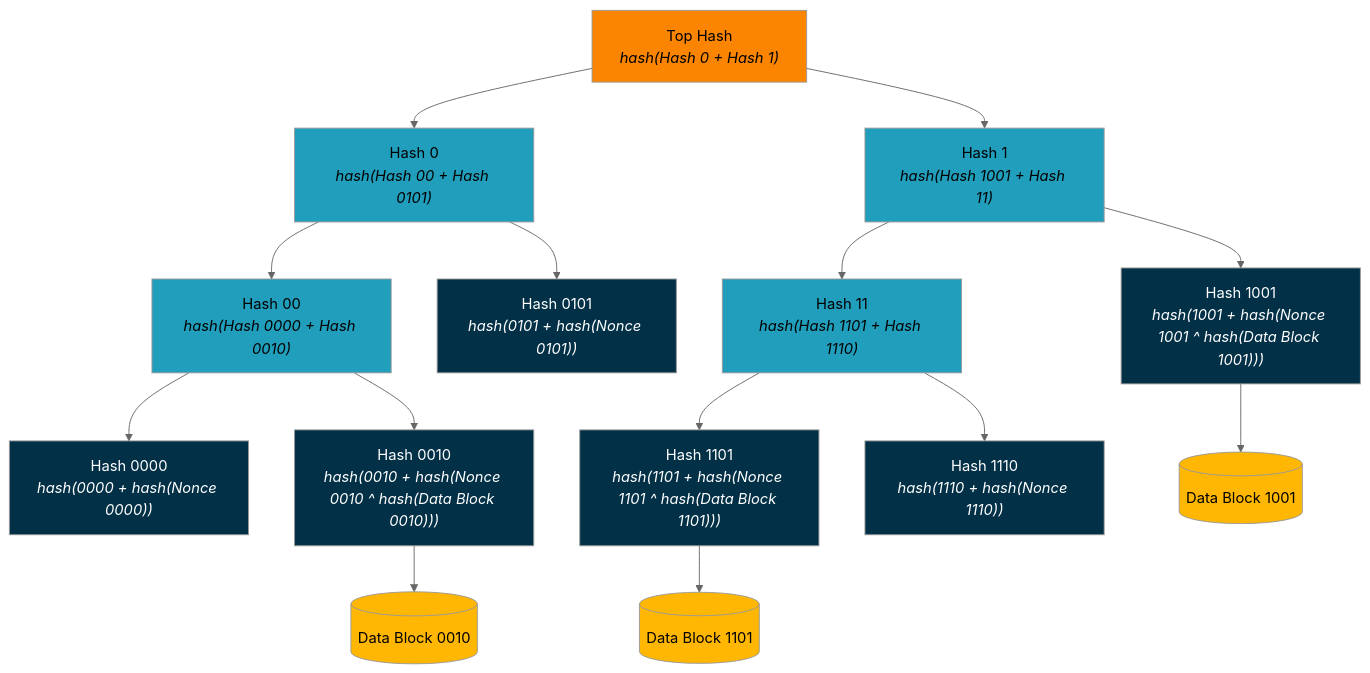
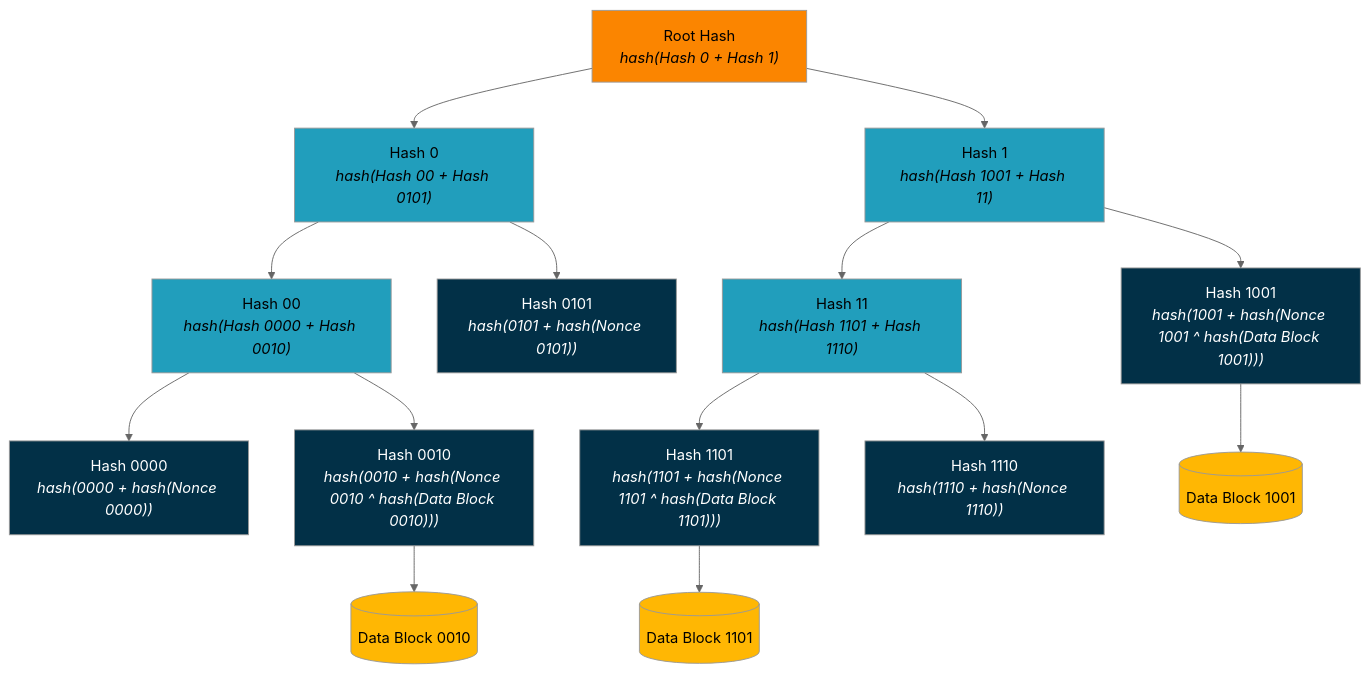
The fourth of 4 diagrams in chapters/Appendix-SMT.md (dcdpr/did-btc1), drawn with Mermaid (neutral theme) before and after one commit. The commit also changed other lines of this file, not shown here.

Commit message:
Replaced top hash with root hash and intermediate hash with node hash.

````diff
--- a/chapters/Appendix-SMT.md
+++ b/chapters/Appendix-SMT.md
@@ -346,39 +346,39 @@
 ```mermaid
 flowchart TD
-    classDef topHash color:#000000,fill:#fb8500
-    classDef intermediateHash color:#000000,fill:#219ebc
+    classDef rootHash color:#000000,fill:#fb8500
+    classDef nodeHash color:#000000,fill:#219ebc
     classDef leafHash color:#ffffff,fill:#023047
     classDef dataBlock color:#000000,fill:#ffb703
 
-    TopHash["`Top Hash
-    *hash(Hash 0 + Hash 1)*`"]:::topHash
+    RootHash["`Root Hash
+    *hash(Hash 0 + Hash 1)*`"]:::rootHash
 
-    TopHash --> Hash0["`Hash 0
-    *hash(Hash 00 + Hash 0101)*`"]:::intermediateHash
-    TopHash --> Hash1["`Hash 1
-    *hash(Hash 1001 + Hash 11)*`"]:::intermediateHash
+    RootHash --> Hash0["`Hash 0
+    *hash(Hash 00 + Hash 0101)*`"]:::nodeHash
+    RootHash --> Hash1["`Hash 1
+    *hash(Hash 1001 + Hash 11)*`"]:::nodeHash
 
     Hash0 --> Hash00["`Hash 00
-    *hash(Hash 0000 + Hash 0010)*`"]:::intermediateHash
+    *hash(Hash 0000 + Hash 0010)*`"]:::nodeHash
     Hash0 --> Hash0101["`Hash 0101
     *hash(0101 + hash(Nonce 0101))*`"]:::leafHash
 
     Hash1 --> Hash1001["`Hash 1001
     *hash(1001 + hash(Nonce 1001 ^ hash(Data Block 1001)))*`"]:::leafHash
     Hash1 --> Hash11["`Hash 11
-    *hash(Hash 1101 + Hash 1110)*`"]:::intermediateHash
+    *hash(Hash 1101 + Hash 1110)*`"]:::nodeHash
 
     Hash00 --> Hash0000["`Hash 0000
     *hash(0000 + hash(Nonce 0000))*`"]:::leafHash
     Hash00 --> Hash0010["`Hash 0010
     *hash(0010 + hash(Nonce 0010 ^ hash(Data Block 0010)))*`"]:::leafHash
 
     Hash11 --> Hash1101["`Hash 1101
     *hash(1101 + hash(Nonce 1101 ^ hash(Data Block 1101)))*`"]:::leafHash
     Hash11 --> Hash1110["`Hash 1110
     *hash(1110 + hash(Nonce 1110))*`"]:::leafHash
 
     Hash0010 --> DataBlock0010[("Data Block 0010")]:::dataBlock
     Hash1001 --> DataBlock1001[("Data Block 1001")]:::dataBlock
     Hash1101 --> DataBlock1101[("Data Block 1101")]:::dataBlock
 ```
````
